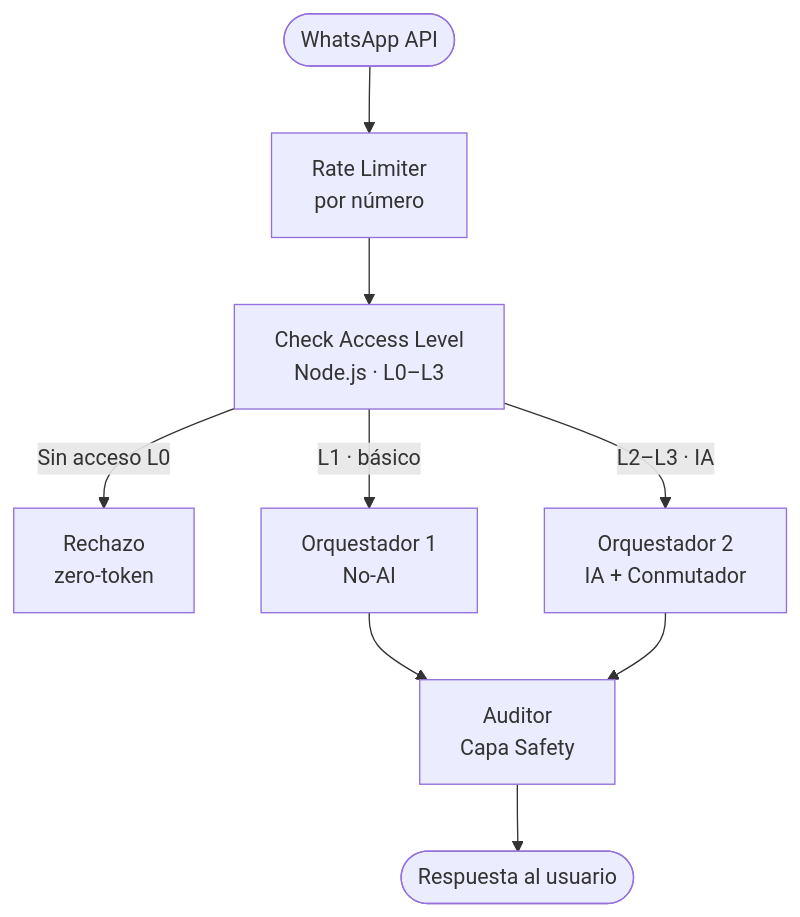
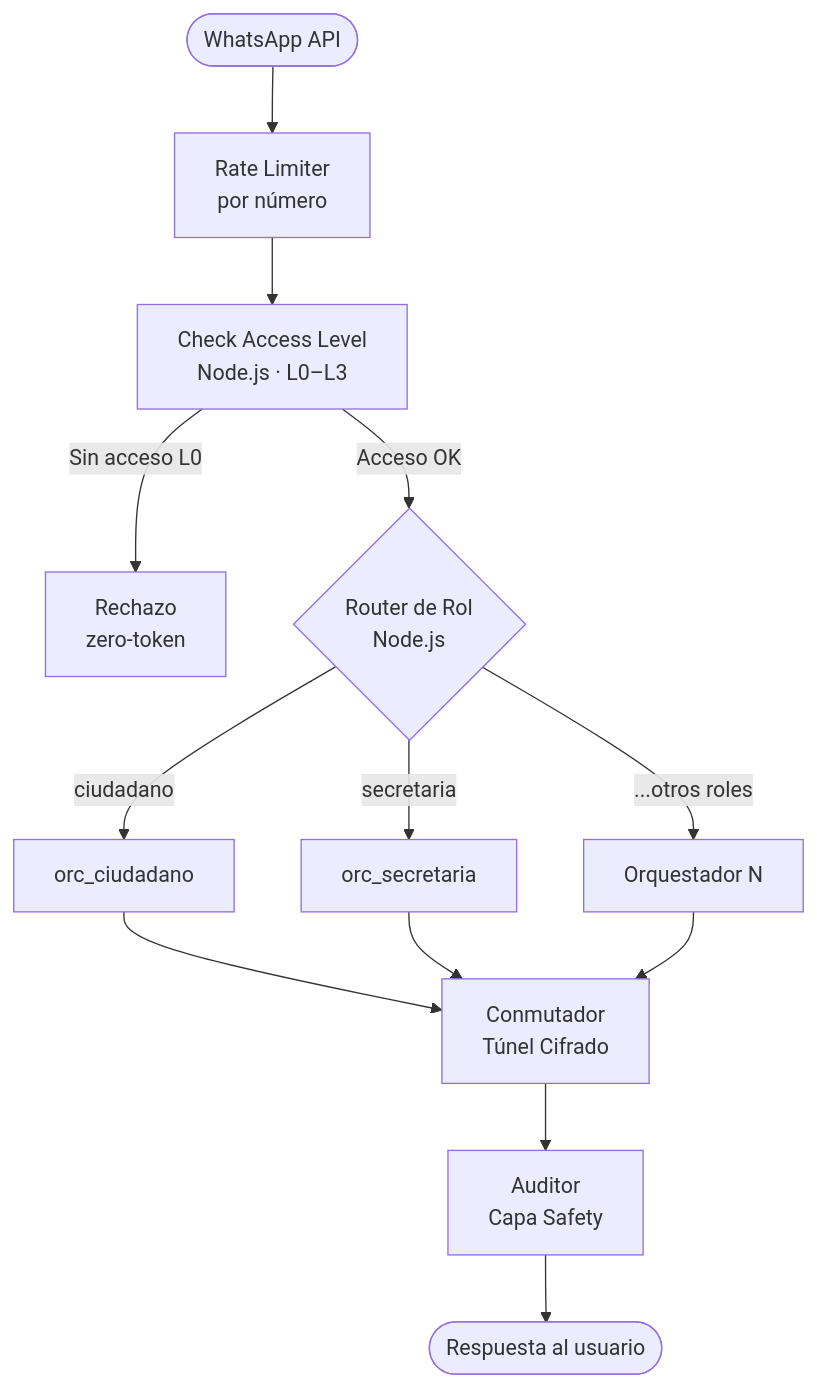
One commit to ariutokintumi/IAldea-org changed the third of 4 diagrams in docs/architecture.md. Above: the diagram before and after it, drawn with Mermaid. The commit also changed other lines of this file and 2 other files, not shown here.

````diff
--- a/docs/architecture.md
+++ b/docs/architecture.md
@@ -118,11 +137,15 @@
 ```mermaid
 flowchart TD
   WA([WhatsApp API]) --> RL[Rate Limiter\npor número]
   RL --> AL[Check Access Level\nNode.js · L0–L3]
   AL -->|Sin acceso L0| REJ[Rechazo\nzero-token]
-  AL -->|L1 · básico| ORC1[Orquestador 1\nNo-AI]
-  AL -->|L2–L3 · IA| ORC2[Orquestador 2\nIA + Conmutador]
-  ORC1 --> AUD[Auditor\nCapa Safety]
-  ORC2 --> AUD
+  AL -->|Acceso OK| ROUTER{Router de Rol\nNode.js}
+  ROUTER -->|ciudadano| ORCC[orc_ciudadano]
+  ROUTER -->|secretaria| ORCS[orc_secretaria]
+  ROUTER -->|...otros roles| ORCN[Orquestador N]
+  ORCC --> SW[Conmutador\nTúnel Cifrado]
+  ORCS --> SW
+  ORCN --> SW
+  SW --> AUD[Auditor\nCapa Safety]
   AUD --> WA2([Respuesta al usuario])
 ```
````
